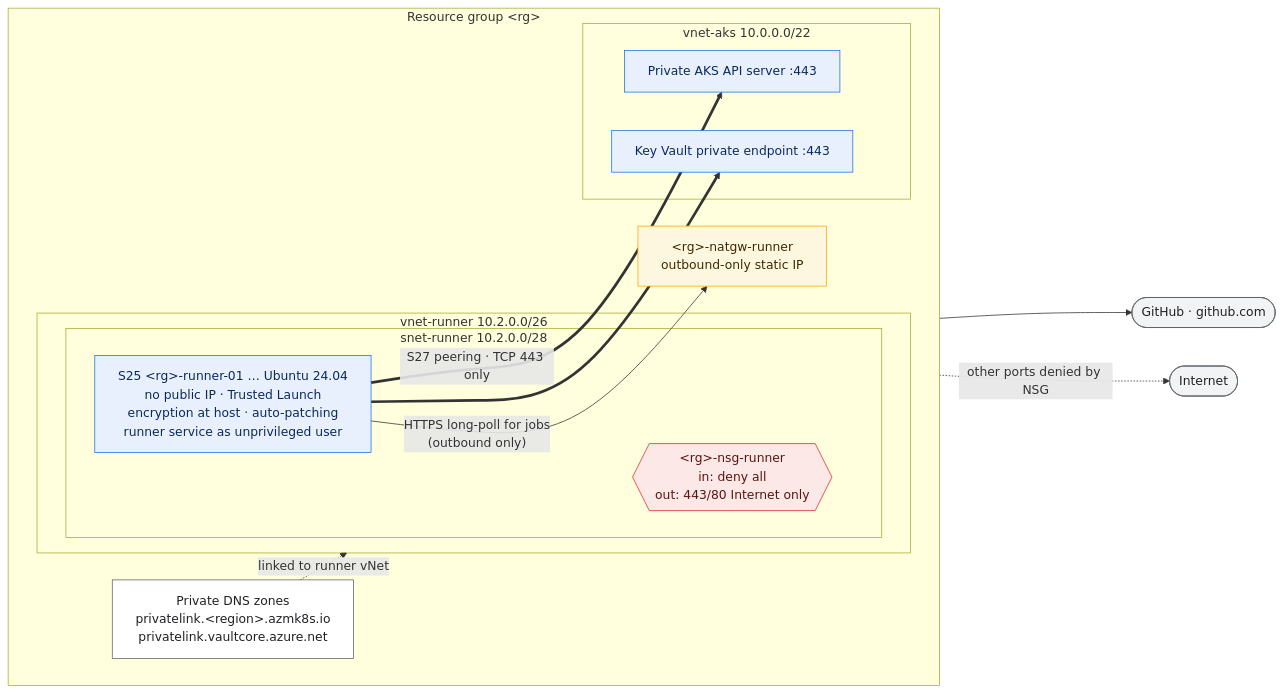
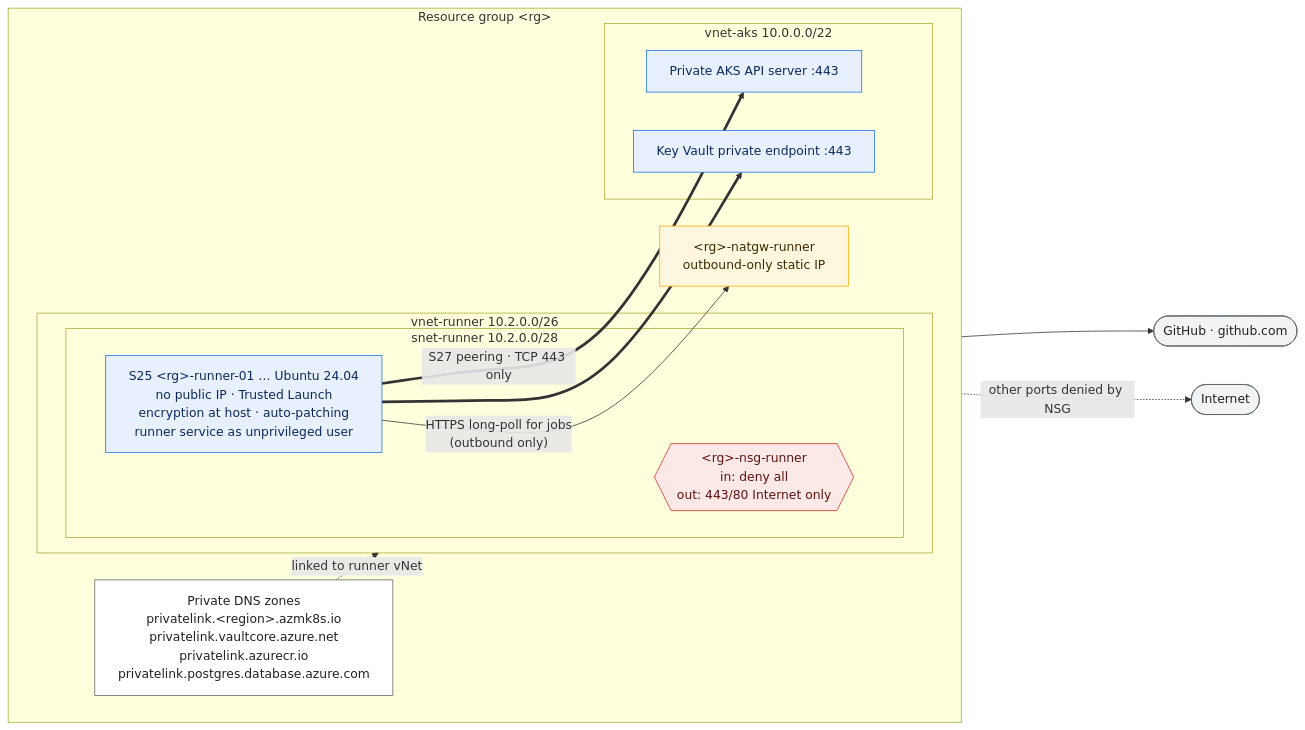
One commit to slakhani10/aks changed the fifth of 5 diagrams in docs/architecture.md. Above: the diagram before and after it, drawn with Mermaid. The commit also changed 10 other files, not shown here.

First line of the commit message:
Add private DNS zones for Azure Container Registry and PostgreSQL

````diff
--- a/docs/architecture.md
+++ b/docs/architecture.md
@@ -237,34 +237,34 @@
 ```mermaid
 %%{init: {"flowchart": {"wrappingWidth": 360}}}%%
 flowchart LR
     classDef sec fill:#e8f0fe,stroke:#1a73e8,color:#0b2a5c
     classDef nsg fill:#fce8e6,stroke:#d93025,color:#5c1410
     classDef res fill:#ffffff,stroke:#5f6368,color:#202124
     classDef pub fill:#fef7e0,stroke:#f9ab00,color:#3c2a00
     classDef ext fill:#f1f3f4,stroke:#5f6368,color:#202124
 
     GH(["GitHub · github.com"]):::ext
     INET(["Internet"]):::ext
 
     subgraph RG["Resource group #lt;rg#gt;"]
         direction LR
         subgraph RVNET["vnet-runner 10.2.0.0/26"]
             subgraph RSUB["snet-runner 10.2.0.0/28"]
                 RNSG{{"#lt;rg#gt;-nsg-runner<br/>in: deny all<br/>out: 443/80 Internet only"}}:::nsg
                 VM["S25 #lt;rg#gt;-runner-01 … Ubuntu 24.04<br/>no public IP · Trusted Launch<br/>encryption at host · auto-patching<br/>runner service as unprivileged user"]:::sec
             end
         end
         NAT["#lt;rg#gt;-natgw-runner<br/>outbound-only static IP"]:::pub
         subgraph AVNET["vnet-aks 10.0.0.0/22"]
             API["Private AKS API server :443"]:::sec
             PEKV["Key Vault private endpoint :443"]:::sec
         end
-        DNS["Private DNS zones<br/>privatelink.#lt;region#gt;.azmk8s.io<br/>privatelink.vaultcore.azure.net"]:::res
+        DNS["Private DNS zones<br/>privatelink.#lt;region#gt;.azmk8s.io<br/>privatelink.vaultcore.azure.net<br/>privatelink.azurecr.io<br/>privatelink.postgres.database.azure.com"]:::res
     end
 
     VM -->|"HTTPS long-poll for jobs<br/>(outbound only)"| NAT --> GH
     NAT -.->|"other ports denied by NSG"| INET
     VM ==>|"S27 peering · TCP 443 only"| API
     VM ==> PEKV
     DNS -.->|"linked to runner vNet"| RVNET
 ```
````
